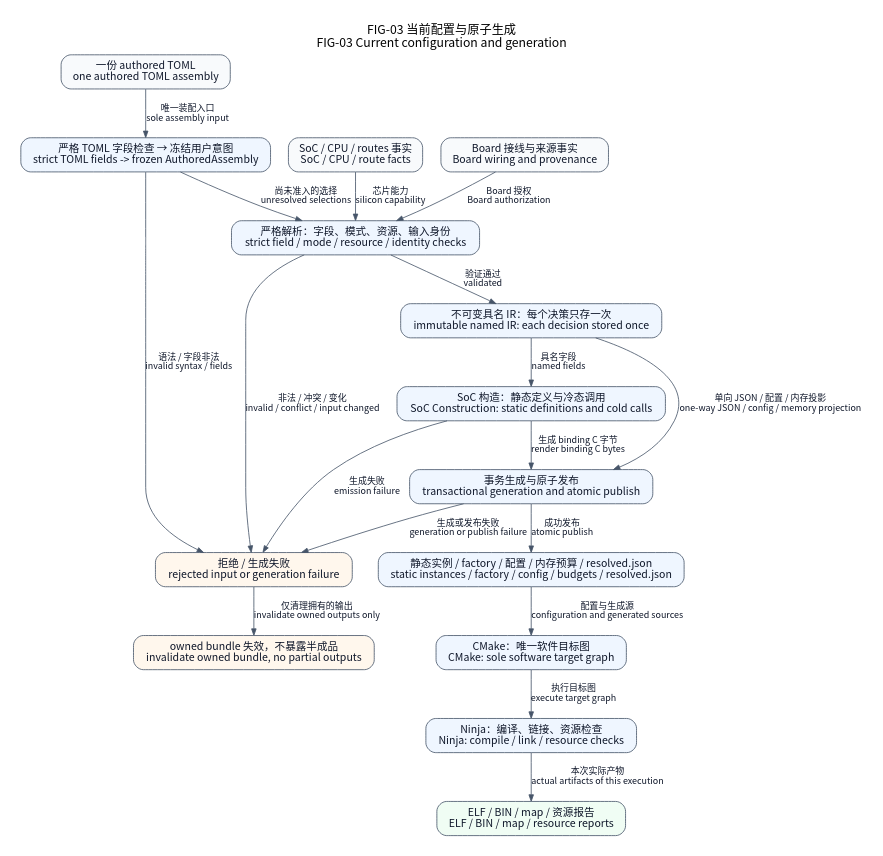
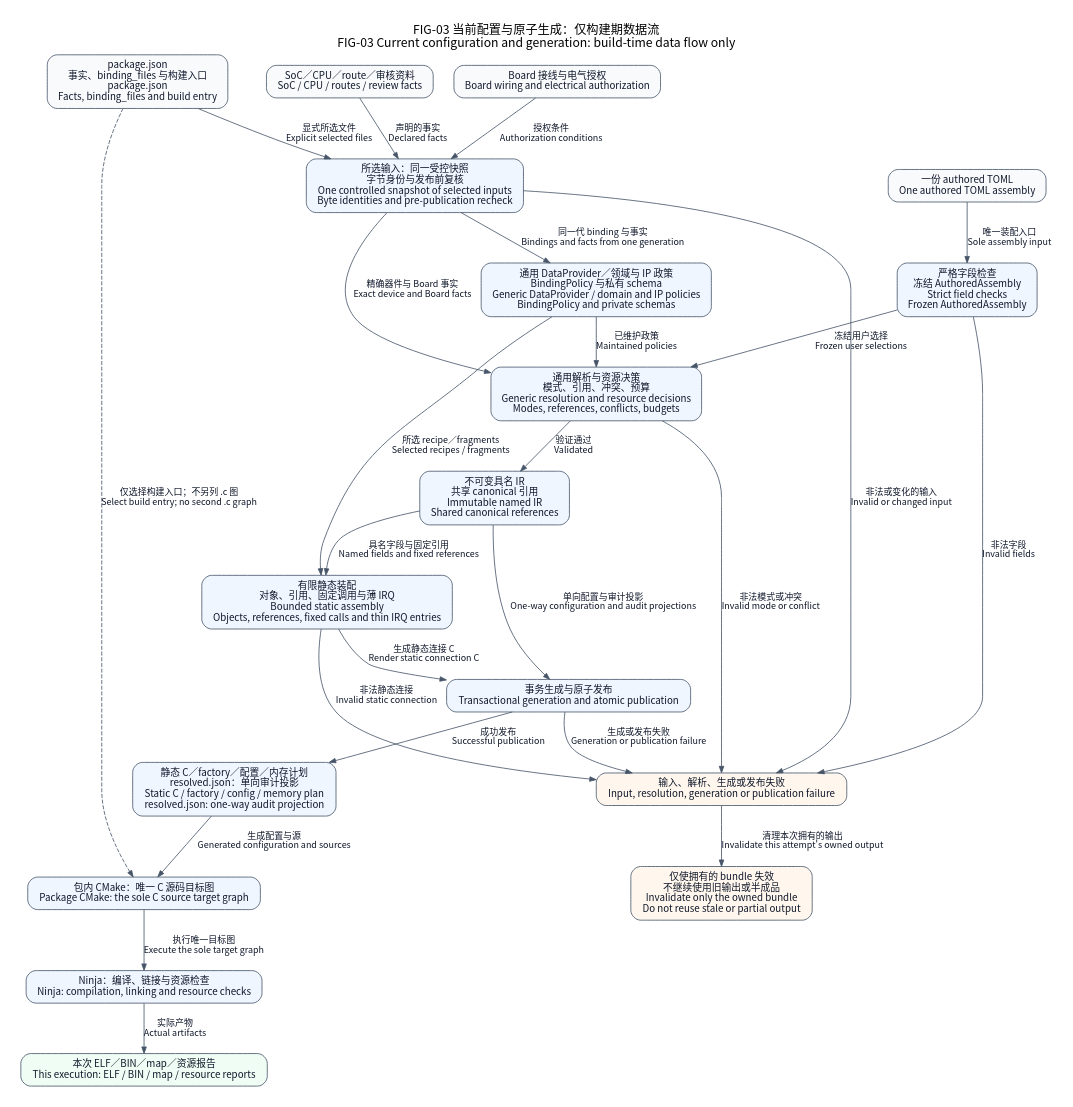
The diagram in docs/assets/diagrams/configuration-generation.dot (X-Gen-Lab/nexus), drawn with Graphviz before and after one commit. The commit also changed 614 other files, not shown here.

Commit message:
refactor(platform): assemble MCU packages from declarative facts

```diff
--- a/docs/assets/diagrams/configuration-generation.dot
+++ b/docs/assets/diagrams/configuration-generation.dot
@@ -1,42 +1,48 @@
-// FIG-03 current: build-time inputs and artifacts.
-// Code basis: tools/configure/authored.py, configure.py, ir.py and bindings.py.
-// Edges denote configuration/production flow, not runtime I/O.
-digraph configurationGeneration {
-    graph [label="FIG-03 当前配置与原子生成\nFIG-03 Current configuration and generation", fontname="Noto Sans CJK SC", fontsize=15, labelloc=t, rankdir=TB, bgcolor="white", pad=0.25, nodesep=0.30, ranksep=0.50];
-    node [shape=box, style="rounded,filled", fillcolor="#eff6ff",
-          color="#475569", fontcolor="#0f172a", fontname="Noto Sans CJK SC",
-          fontsize=13, margin="0.16,0.10"];
-    edge [color="#475569", fontcolor="#0f172a",
-          fontname="Noto Sans CJK SC", fontsize=11, arrowsize=0.8];
-    assembly [label="一份 authored TOML\none authored TOML assembly", fillcolor="#f8fafc"];
-    socFacts [label="SoC / CPU / routes 事实\nSoC / CPU / route facts", fillcolor="#f8fafc"];
-    boardFacts [label="Board 接线与来源事实\nBoard wiring and provenance", fillcolor="#f8fafc"];
-    authored [label="严格 TOML 字段检查 → 冻结用户意图\nstrict TOML fields -> frozen AuthoredAssembly"];
-    resolver [label="严格解析：字段、模式、资源、输入身份\nstrict field / mode / resource / identity checks"];
-    typedIr [label="不可变具名 IR：每个决策只存一次\nimmutable named IR: each decision stored once"];
-    construction [label="SoC 构造：静态定义与冷态调用\nSoC Construction: static definitions and cold calls"];
-    bundle [label="事务生成与原子发布\ntransactional generation and atomic publish"];
-    outputs [label="静态实例 / factory / 配置 / 内存预算 / resolved.json\nstatic instances / factory / config / budgets / resolved.json"];
-    targets [label="CMake：唯一软件目标图\nCMake: sole software target graph"];
-    ninja [label="Ninja：编译、链接、资源检查\nNinja: compile / link / resource checks"];
-    firmware [label="ELF / BIN / map / 资源报告\nELF / BIN / map / resource reports", fillcolor="#f0fdf4"];
-    rejected [label="拒绝 / 生成失败\nrejected input or generation failure", fillcolor="#fff7ed"];
-    invalidated [label="owned bundle 失效，不暴露半成品\ninvalidate owned bundle, no partial outputs", fillcolor="#fff7ed"];
-    assembly -> authored [label="唯一装配入口\nsole assembly input"];
-    authored -> resolver [label="尚未准入的选择\nunresolved selections"];
-    socFacts -> resolver [label="芯片能力\nsilicon capability"];
-    boardFacts -> resolver [label="Board 授权\nBoard authorization"];
-    resolver -> typedIr [label="验证通过\nvalidated"];
-    typedIr -> construction [label="具名字段\nnamed fields"];
-    construction -> bundle [label="生成 binding C 字节\nrender binding C bytes"];
-    typedIr -> bundle [label="单向 JSON / 配置 / 内存投影\none-way JSON / config / memory projection"];
-    bundle -> outputs [label="成功发布\natomic publish"];
-    outputs -> targets [label="配置与生成源\nconfiguration and generated sources"];
-    targets -> ninja [label="执行目标图\nexecute target graph"];
-    ninja -> firmware [label="本次实际产物\nactual artifacts of this execution"];
-    authored -> rejected [label="语法 / 字段非法\ninvalid syntax / fields"];
-    construction -> rejected [label="生成失败\nemission failure"];
-    resolver -> rejected [label="非法 / 冲突 / 变化\ninvalid / conflict / input changed"];
-    bundle -> rejected [label="生成或发布失败\ngeneration or publish failure"];
-    rejected -> invalidated [label="仅清理拥有的输出\ninvalidate owned outputs only"];
+// Current scoped view. Build-time arrows and runtime calls are labeled explicitly.
+// Code basis: tools/configure/packages.py; data_provider.py; domain_policies.py; package_policy.py; ir.py; static_recipe.py; bundle.py; cmake/platform/Configure.cmake
+digraph ConfigurationGeneration {
+    graph [label="FIG-03 当前配置与原子生成：仅构建期数据流\nFIG-03 Current configuration and generation: build-time data flow only", rankdir=TB, bgcolor="white", pad=0.25, nodesep=0.35, ranksep=0.52, fontname="Noto Sans CJK SC", fontsize=15, labelloc=t];
+    node [shape=box, style="rounded,filled", fillcolor="#eff6ff", color="#475569", fontcolor="#0f172a", fontname="Noto Sans CJK SC", fontsize=12, margin="0.16,0.10"];
+    edge [color="#475569", fontcolor="#0f172a", fontname="Noto Sans CJK SC", fontsize=11, arrowsize=0.8];
+    assembly [label="一份 authored TOML\nOne authored TOML assembly", fillcolor="#f8fafc"];
+    package [label="package.json\n事实、binding_files 与构建入口\npackage.json\nFacts, binding_files and build entry", fillcolor="#f8fafc"];
+    socFacts [label="SoC／CPU／route／审核资料\nSoC / CPU / routes / review facts", fillcolor="#f8fafc"];
+    boardFacts [label="Board 接线与电气授权\nBoard wiring and electrical authorization", fillcolor="#f8fafc"];
+    authored [label="严格字段检查\n冻结 AuthoredAssembly\nStrict field checks\nFrozen AuthoredAssembly"];
+    reader [label="所选输入：同一受控快照\n字节身份与发布前复核\nOne controlled snapshot of selected inputs\nByte identities and pre-publication recheck"];
+    policies [label="通用 DataProvider／领域与 IP 政策\nBindingPolicy 与私有 schema\nGeneric DataProvider / domain and IP policies\nBindingPolicy and private schemas"];
+    resolver [label="通用解析与资源决策\n模式、引用、冲突、预算\nGeneric resolution and resource decisions\nModes, references, conflicts, budgets"];
+    typedIr [label="不可变具名 IR\n共享 canonical 引用\nImmutable named IR\nShared canonical references"];
+    construction [label="有限静态装配\n对象、引用、固定调用与薄 IRQ\nBounded static assembly\nObjects, references, fixed calls and thin IRQ entries"];
+    bundle [label="事务生成与原子发布\nTransactional generation and atomic publication"];
+    outputs [label="静态 C／factory／配置／内存计划\nresolved.json：单向审计投影\nStatic C / factory / config / memory plan\nresolved.json: one-way audit projection"];
+    targets [label="包内 CMake：唯一 C 源码目标图\nPackage CMake: the sole C source target graph"];
+    ninja [label="Ninja：编译、链接与资源检查\nNinja: compilation, linking and resource checks"];
+    firmware [label="本次 ELF／BIN／map／资源报告\nThis execution: ELF / BIN / map / resource reports", fillcolor="#f0fdf4"];
+    rejected [label="输入、解析、生成或发布失败\nInput, resolution, generation or publication failure", fillcolor="#fff7ed"];
+    invalidated [label="仅使拥有的 bundle 失效\n不继续使用旧输出或半成品\nInvalidate only the owned bundle\nDo not reuse stale or partial output", fillcolor="#fff7ed"];
+    assembly -> authored [label="唯一装配入口\nSole assembly input"];
+    package -> reader [label="显式所选文件\nExplicit selected files"];
+    socFacts -> reader [label="声明的事实\nDeclared facts"];
+    boardFacts -> reader [label="授权条件\nAuthorization conditions"];
+    reader -> policies [label="同一代 binding 与事实\nBindings and facts from one generation"];
+    reader -> resolver [label="精确器件与 Board 事实\nExact device and Board facts"];
+    authored -> resolver [label="冻结用户选择\nFrozen user selections"];
+    policies -> resolver [label="已维护政策\nMaintained policies"];
+    resolver -> typedIr [label="验证通过\nValidated"];
+    typedIr -> construction [label="具名字段与固定引用\nNamed fields and fixed references"];
+    policies -> construction [label="所选 recipe／fragments\nSelected recipes / fragments"];
+    construction -> bundle [label="生成静态连接 C\nRender static connection C"];
+    typedIr -> bundle [label="单向配置与审计投影\nOne-way configuration and audit projections"];
+    bundle -> outputs [label="成功发布\nSuccessful publication"];
+    outputs -> targets [label="生成配置与源\nGenerated configuration and sources"];
+    package -> targets [label="仅选择构建入口；不另列 .c 图\nSelect build entry; no second .c graph", style=dashed];
+    targets -> ninja [label="执行唯一目标图\nExecute the sole target graph"];
+    ninja -> firmware [label="实际产物\nActual artifacts"];
+    authored -> rejected [label="非法字段\nInvalid fields"];
+    reader -> rejected [label="非法或变化的输入\nInvalid or changed input"];
+    resolver -> rejected [label="非法模式或冲突\nInvalid mode or conflict"];
+    construction -> rejected [label="非法静态连接\nInvalid static connection"];
+    bundle -> rejected [label="生成或发布失败\nGeneration or publication failure"];
+    rejected -> invalidated [label="清理本次拥有的输出\nInvalidate this attempt's owned output"];
 }
```
